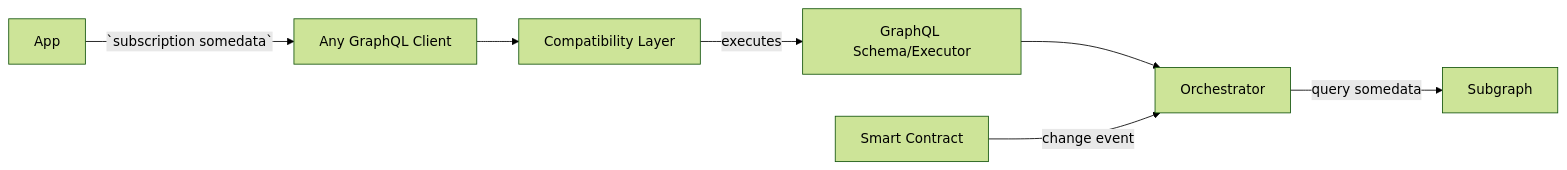
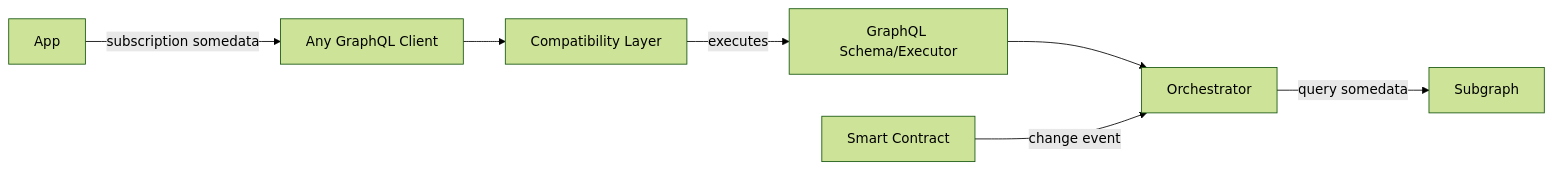
Before and after one commit to graphprotocol/graph-client: the fifth of 5 diagrams in docs/architecture.md, drawn with Mermaid (forest theme).

Commit message:
fix mermaid for remote docs Update architecture.md (#505)

````diff
--- a/docs/architecture.md
+++ b/docs/architecture.md
@@ -92,9 +92,9 @@
 ```mermaid
 graph LR;
-    app[App]-->|`subscription somedata`|c;
+    app[App]-->|subscription somedata|c;
     c[Any GraphQL Client]-->l[Compatibility Layer];
     l-->|executes|g[GraphQL Schema/Executor];
     g-->op[Orchestrator]
     op-->|query somedata|sA[Subgraph];
     sc[Smart Contract]-->|change event|op;
 ```
````
